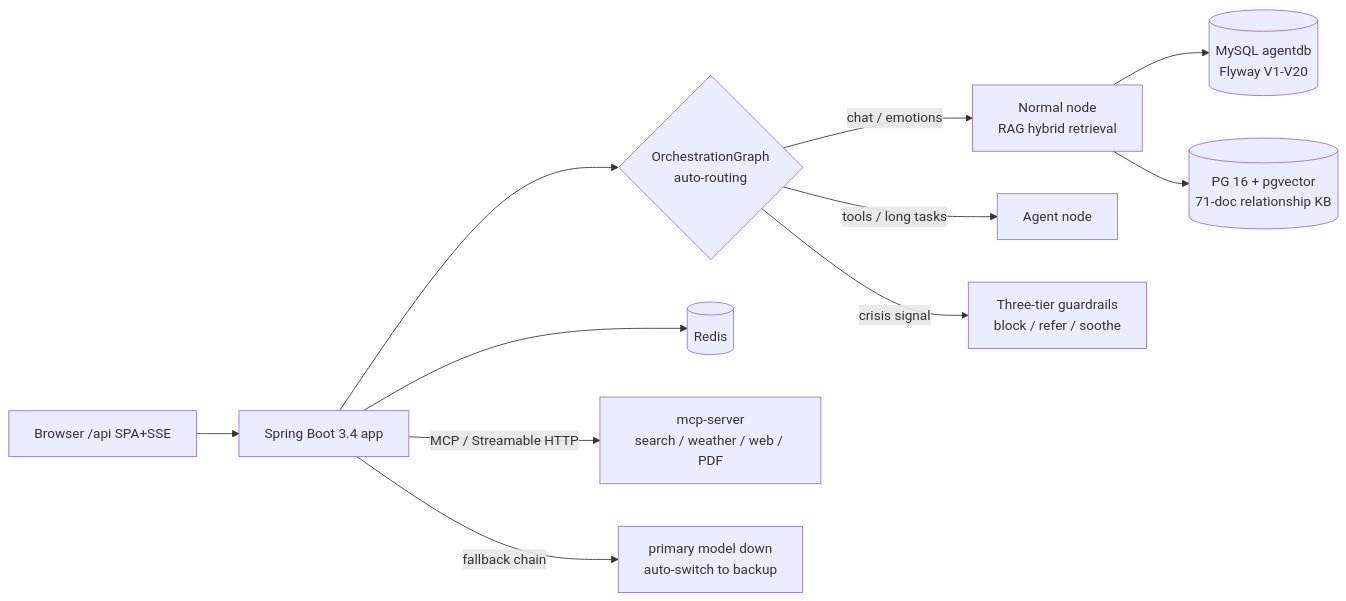
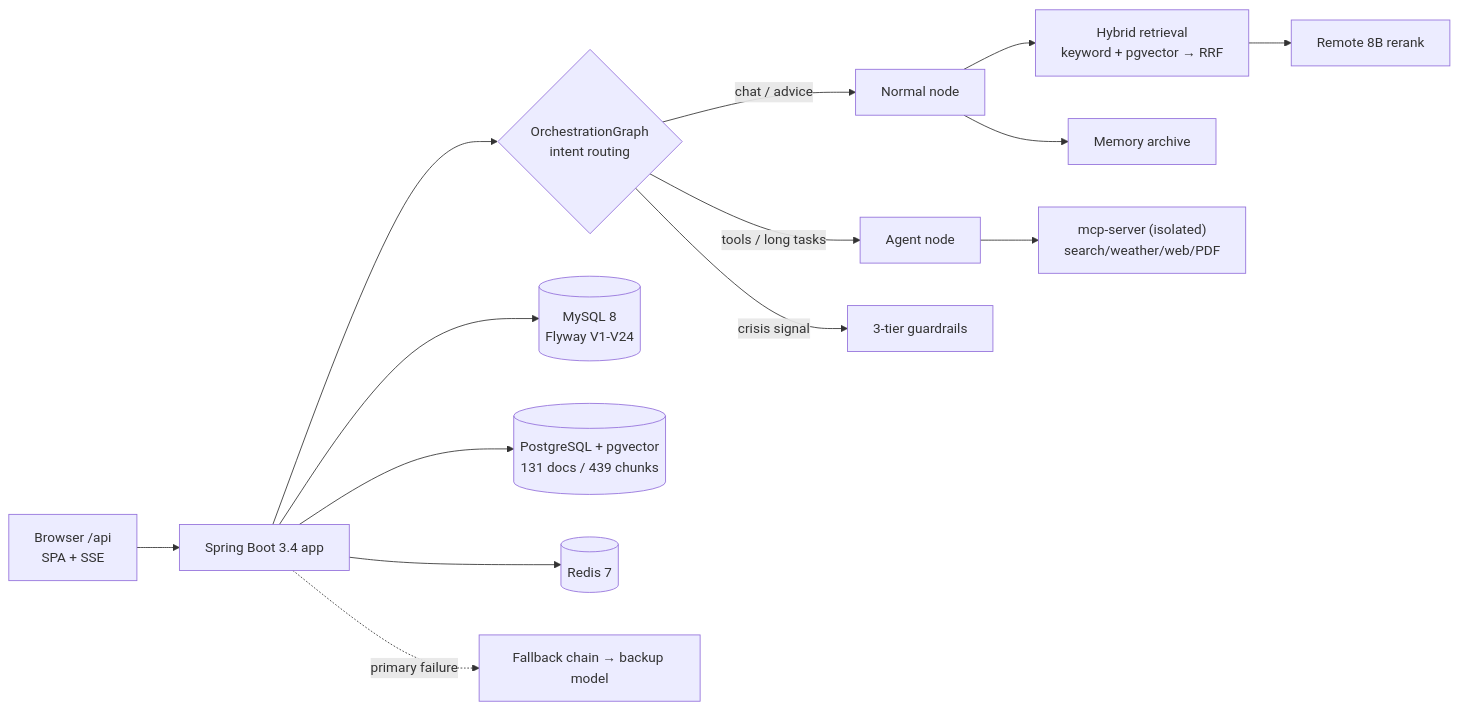
The diagram in README.en.md (Mitsuki-lwx/LoveHelping-agent), drawn with Mermaid before and after one commit. The commit also changed other lines of this file and 2 other files, not shown here.

````diff
--- a/README.en.md
+++ b/README.en.md
@@ -122,13 +167,16 @@
 ```mermaid
 flowchart LR
-  U[Browser /api SPA+SSE] --> A[Spring Boot 3.4 app]
-  A --> C{OrchestrationGraph<br/>auto-routing}
-  C -->|chat / emotions| N[Normal node<br/>RAG hybrid retrieval]
-  C -->|tools / long tasks| T[Agent node]
-  C -->|crisis signal| G[Three-tier guardrails<br/>block / refer / soothe]
-  N --> KB[(MySQL agentdb<br/>Flyway V1-V20)]
-  N --> V[(PG 16 + pgvector<br/>71-doc relationship KB)]
-  A --> R[(Redis)]
-  A -->|MCP / Streamable HTTP| M[mcp-server<br/>search / weather / web / PDF]
-  A -->|fallback chain| F[primary model down<br/>auto-switch to backup]
+  U["Browser /api<br/>SPA + SSE"] --> A["Spring Boot 3.4 app"]
+  A --> C{"OrchestrationGraph<br/>intent routing"}
+  C -->|chat / advice| N["Normal node"]
+  C -->|tools / long tasks| T["Agent node"]
+  C -->|crisis signal| G["3-tier guardrails"]
+  N --> RAG["Hybrid retrieval<br/>keyword + pgvector → RRF"]
+  RAG --> RR["Remote 8B rerank"]
+  N --> MEM["Memory archive"]
+  T --> M["mcp-server (isolated)<br/>search/weather/web/PDF"]
+  A --> DB[("MySQL 8<br/>Flyway V1-V24")]
+  A --> V[("PostgreSQL + pgvector<br/>131 docs / 439 chunks")]
+  A --> RD[("Redis 7")]
+  A -.->|primary failure| FB["Fallback chain → backup model"]
 ```
````
